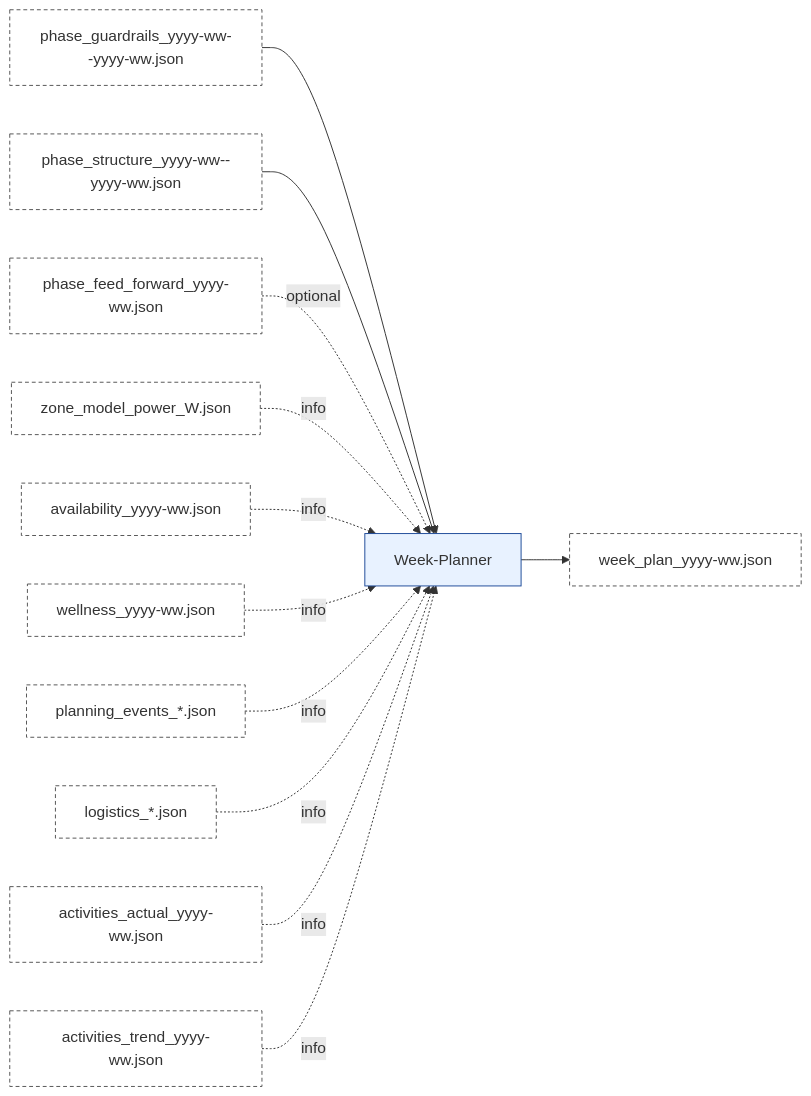
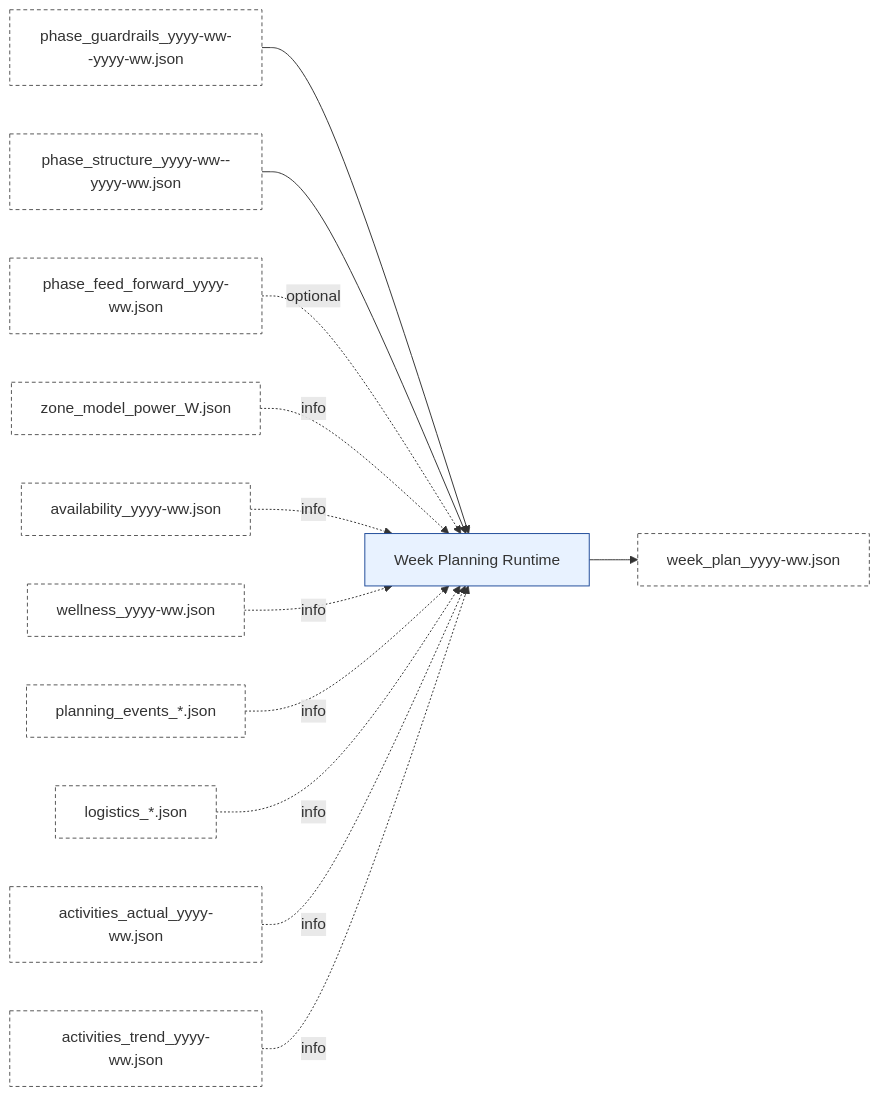
One commit to albauer-priv/RPS changed the fifth of 10 diagrams in doc/overview/artefact_flow.md. Above: the diagram before and after it, drawn with Mermaid. The commit also changed other lines of this file and 5 other files, not shown here.

Commit message:
docs: update crewai skills and planning architecture

````diff
--- a/doc/overview/artefact_flow.md
+++ b/doc/overview/artefact_flow.md
@@ -291,18 +286,18 @@
 ```mermaid
 flowchart LR
-  BG["phase_guardrails_yyyy-ww--yyyy-ww.json"]:::artefact --> MI["Week-Planner"]:::agent
+  BG["phase_guardrails_yyyy-ww--yyyy-ww.json"]:::artefact --> MI["Week Planning Runtime"]:::agent
   BEA["phase_structure_yyyy-ww--yyyy-ww.json"]:::artefact --> MI
   BFF["phase_feed_forward_yyyy-ww.json"]:::artefact -. optional .-> MI
   ZM["zone_model_power_<FTP>W.json"]:::artefact -. info .-> MI
   AV["availability_yyyy-ww.json"]:::artefact -. info .-> MI
   WL["wellness_yyyy-ww.json"]:::artefact -. info .-> MI
   PE["planning_events_*.json"]:::artefact -. info .-> MI
   LG["logistics_*.json"]:::artefact -. info .-> MI
   AA["activities_actual_yyyy-ww.json"]:::artefact -. info .-> MI
   AT["activities_trend_yyyy-ww.json"]:::artefact -. info .-> MI
 
   MI --> WP["week_plan_yyyy-ww.json"]:::artefact
 
   classDef agent fill:#e8f2ff,stroke:#1f4b99,stroke-width:1px;
   classDef artefact fill:#ffffff,stroke:#555,stroke-dasharray: 4 3,stroke-width:1px;
 ```
````
